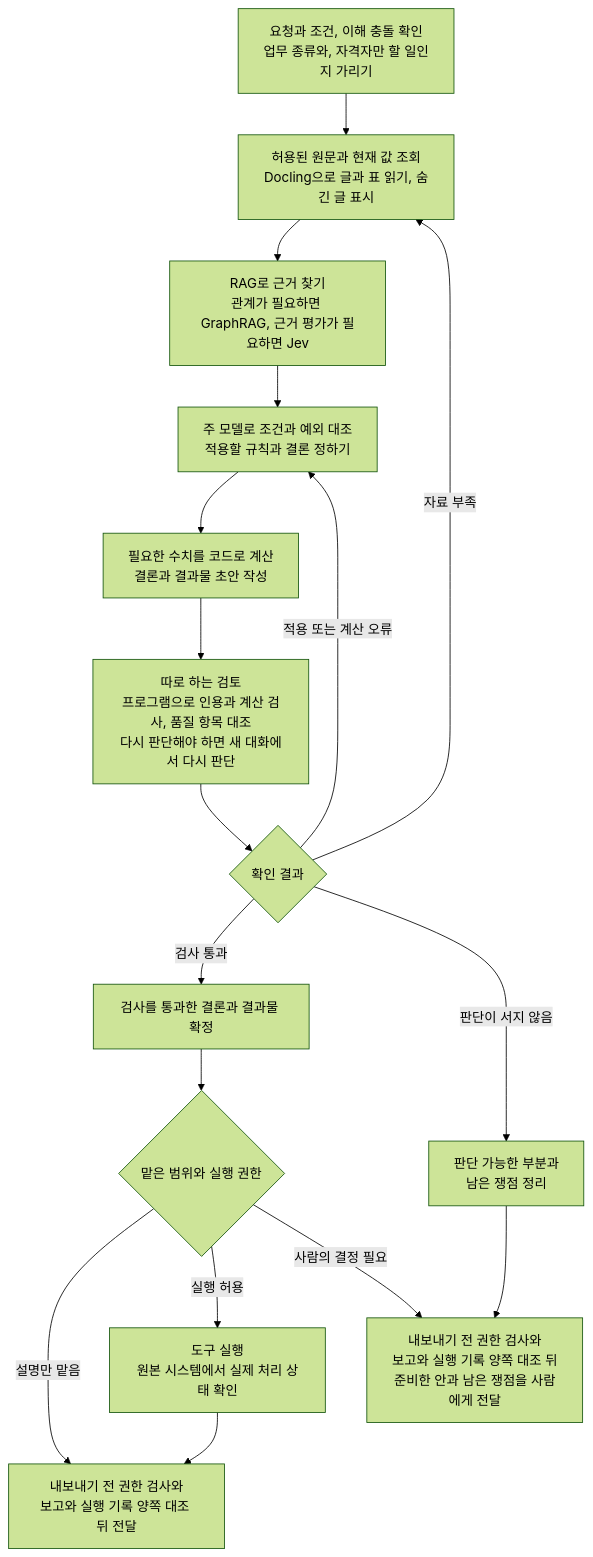
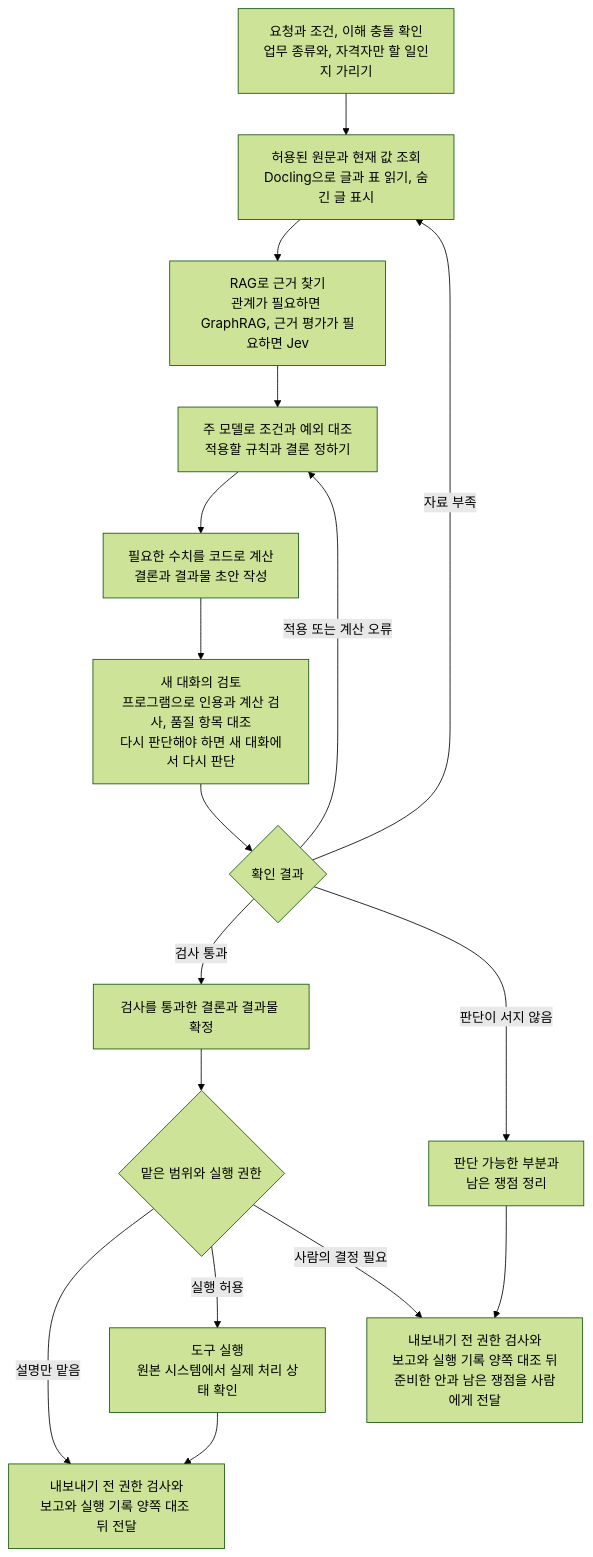
The diagram in 전문 판단의 신뢰성.md (harisbaguette/expert), drawn with Mermaid (forest theme) before and after one commit. The commit also changed other lines of this file, not shown here.

````diff
--- a/전문 판단의 신뢰성.md
+++ b/전문 판단의 신뢰성.md
@@ -741,19 +742,19 @@
 ```mermaid
 flowchart TB
     A[요청과 조건, 이해 충돌 확인<br/>업무 종류와, 자격자만 할 일인지 가리기] --> B[허용된 원문과 현재 값 조회<br/>Docling으로 글과 표 읽기, 숨긴 글 표시]
     B --> C[RAG로 근거 찾기<br/>관계가 필요하면 GraphRAG, 근거 평가가 필요하면 Jev]
     C --> D[주 모델로 조건과 예외 대조<br/>적용할 규칙과 결론 정하기]
     D --> E[필요한 수치를 코드로 계산<br/>결론과 결과물 초안 작성]
-    E --> F[따로 하는 검토<br/>프로그램으로 인용과 계산 검사, 품질 항목 대조<br/>다시 판단해야 하면 새 대화에서 다시 판단]
+    E --> F[새 대화의 검토<br/>프로그램으로 인용과 계산 검사, 품질 항목 대조<br/>다시 판단해야 하면 새 대화에서 다시 판단]
     F --> G{확인 결과}
     G -->|자료 부족| B
     G -->|적용 또는 계산 오류| D
     G -->|검사 통과| H[검사를 통과한 결론과 결과물 확정]
     G -->|판단이 서지 않음| I[판단 가능한 부분과<br/>남은 쟁점 정리]
     H --> J{맡은 범위와 실행 권한}
     J -->|설명만 맡음| L[내보내기 전 권한 검사와<br/>보고와 실행 기록 양쪽 대조 뒤 전달]
     J -->|실행 허용| K[도구 실행<br/>원본 시스템에서 실제 처리 상태 확인]
     J -->|사람의 결정 필요| M[내보내기 전 권한 검사와<br/>보고와 실행 기록 양쪽 대조 뒤<br/>준비한 안과 남은 쟁점을 사람에게 전달]
     K --> L
     I --> M
 ```
````
